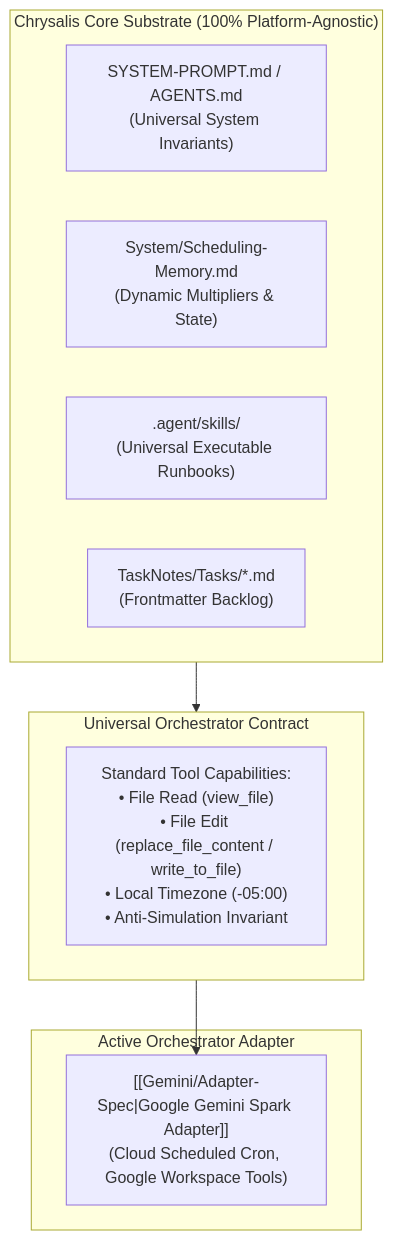
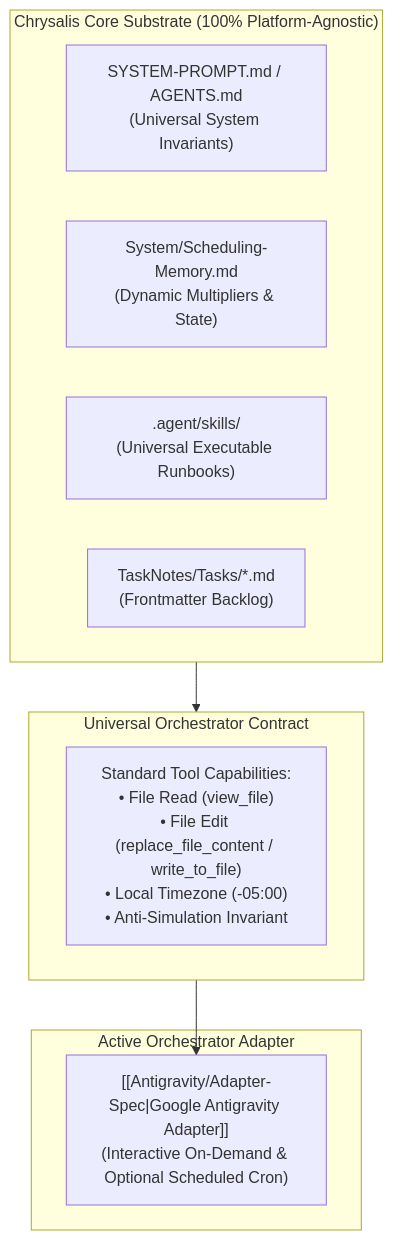
Before and after one commit to tama-gucci/chrysalis: the diagram in System/Orchestrators/README.md, drawn with Mermaid. The commit also changed other lines of this file and 28 other files, not shown here.

````diff
--- a/System/Orchestrators/README.md
+++ b/System/Orchestrators/README.md
@@ -19,20 +19,20 @@
 ```mermaid
 graph TD
     subgraph Substrate ["Chrysalis Core Substrate (100% Platform-Agnostic)"]
         Constitution["SYSTEM-PROMPT.md / AGENTS.md<br/>(Universal System Invariants)"]
         Memory["System/Scheduling-Memory.md<br/>(Dynamic Multipliers & State)"]
         Skills[".agent/skills/<br/>(Universal Executable Runbooks)"]
         Tasks["TaskNotes/Tasks/*.md<br/>(Frontmatter Backlog)"]
     end
 
     subgraph Contract ["Universal Orchestrator Contract"]
         ContractSpec["Standard Tool Capabilities:<br/>• File Read (view_file)<br/>• File Edit (replace_file_content / write_to_file)<br/>• Local Timezone (-05:00)<br/>• Anti-Simulation Invariant"]
     end
 
     subgraph ActiveAdapter ["Active Orchestrator Adapter"]
-        Gemini["[[Gemini/Adapter-Spec|Google Gemini Spark Adapter]]<br/>(Cloud Scheduled Cron, Google Workspace Tools)"]
+        Antigravity["[[Antigravity/Adapter-Spec|Google Antigravity Adapter]]<br/>(Interactive On-Demand & Optional Scheduled Cron)"]
     end
 
     Substrate --> Contract
-    Contract --> Gemini
+    Contract --> Antigravity
 ```
````
